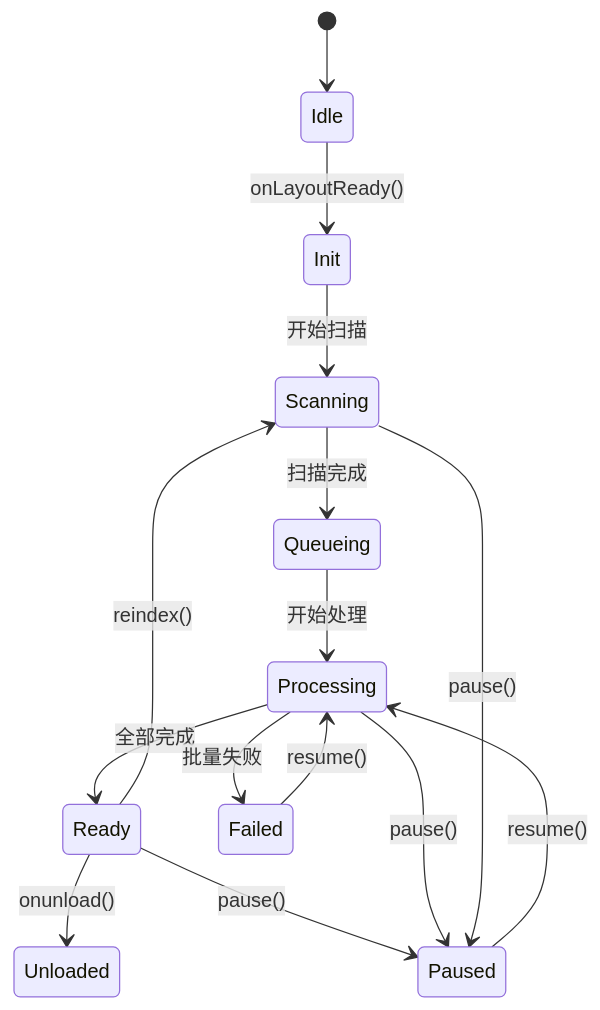
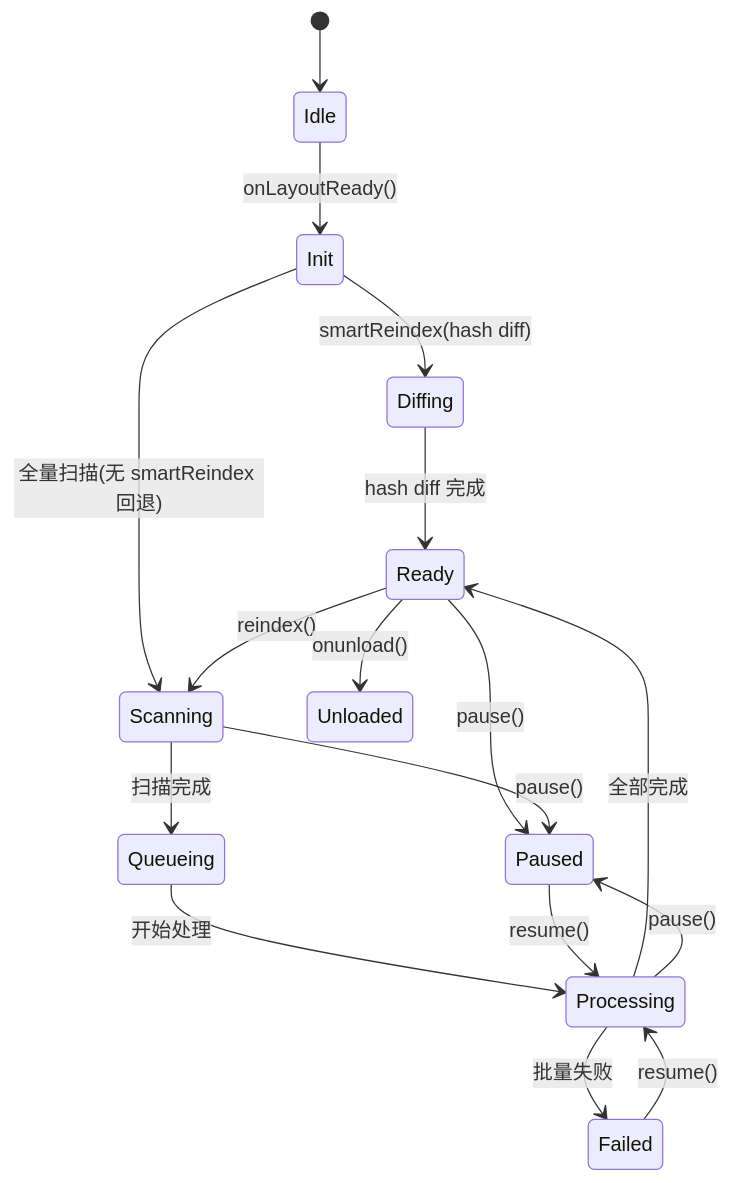
The fourth of 7 diagrams in docs/architecture/rag/vector-index.md (golddream-y/obsidian-ratel), drawn with Mermaid before and after one commit. The commit also changed other lines of this file and 2 other files, not shown here.

Commit message:
docs(arch): 同步 smart reindex 架构契约(worker-protocol + vector-index + obsidian-vault)
P-INDEX-STARTUP 引入的接口契约变更:
- worker-protocol: WorkerRequest 加 index.batch,WorkerResponse 加 index.batch.done
- vector-index: IndexStatus 加 Diffing 状态(10 态),状态机图加 smartReindex 路径
- obsidian-integration: VaultPort Facade 加 stat(path) 方法

````diff
--- a/docs/architecture/rag/vector-index.md
+++ b/docs/architecture/rag/vector-index.md
@@ -142,17 +142,19 @@
 ```mermaid
 stateDiagram-v2
     [*] --> Idle
     Idle --> Init: onLayoutReady()
-    Init --> Scanning: 开始扫描
+    Init --> Diffing: smartReindex(hash diff)
+    Init --> Scanning: 全量扫描(无 smartReindex 回退)
+    Diffing --> Ready: hash diff 完成
     Scanning --> Queueing: 扫描完成
     Queueing --> Processing: 开始处理
     Processing --> Ready: 全部完成
     Processing --> Failed: 批量失败
     Ready --> Paused: pause()
     Paused --> Processing: resume()
     Ready --> Scanning: reindex()
     Failed --> Processing: resume()
     Processing --> Paused: pause()
     Scanning --> Paused: pause()
     Ready --> Unloaded: onunload()
 ```
````
